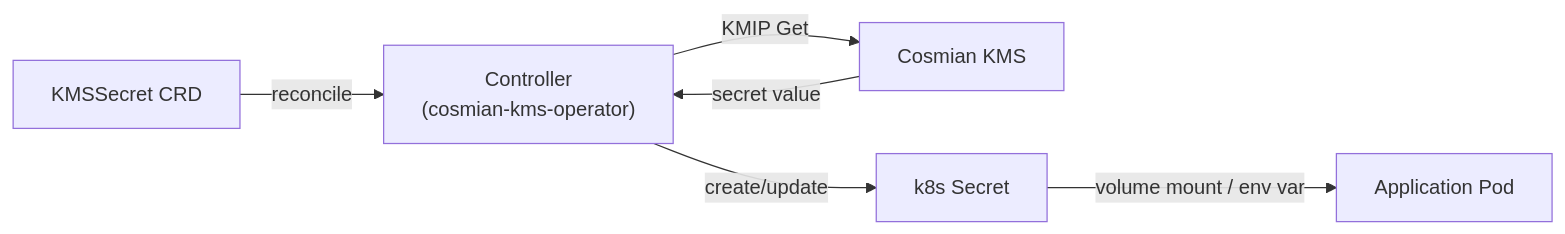
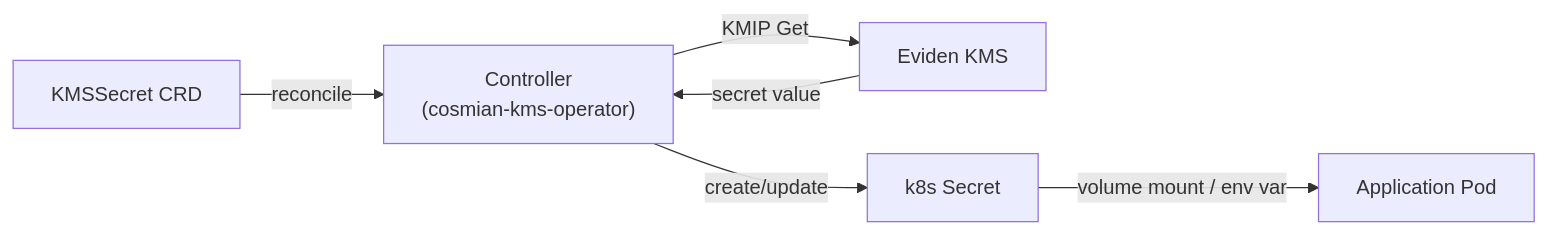
One commit to Cosmian/kms changed the diagram in documentation/docs/integrations/kubernetes/operator.md. Above: the diagram before and after it, drawn with Mermaid. The commit also changed other lines of this file and 24 other files, not shown here.

````diff
--- a/documentation/docs/integrations/kubernetes/operator.md
+++ b/documentation/docs/integrations/kubernetes/operator.md
@@ -16,8 +16,8 @@
 ```mermaid
 flowchart LR
     CRD["KMSSecret CRD"] -->|reconcile| CTL["Controller\n(cosmian-kms-operator)"]
-    CTL -->|KMIP Get| KMS["Cosmian KMS"]
+    CTL -->|KMIP Get| KMS["Eviden KMS"]
     KMS -->|secret value| CTL
     CTL -->|create/update| SEC["k8s Secret"]
     SEC -->|volume mount / env var| APP["Application Pod"]
 ```
````
